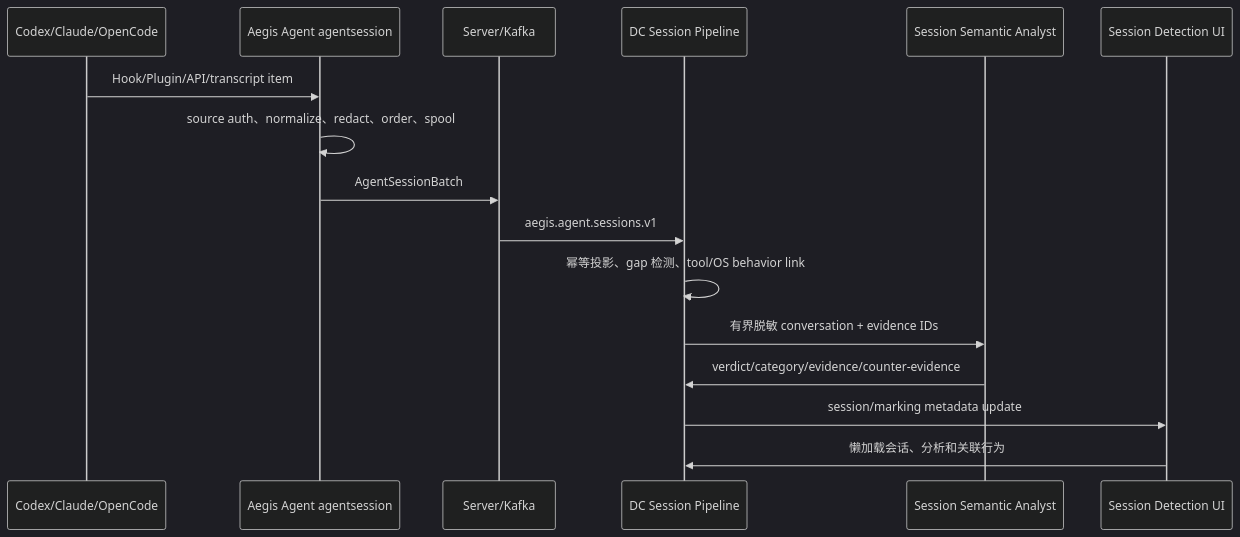
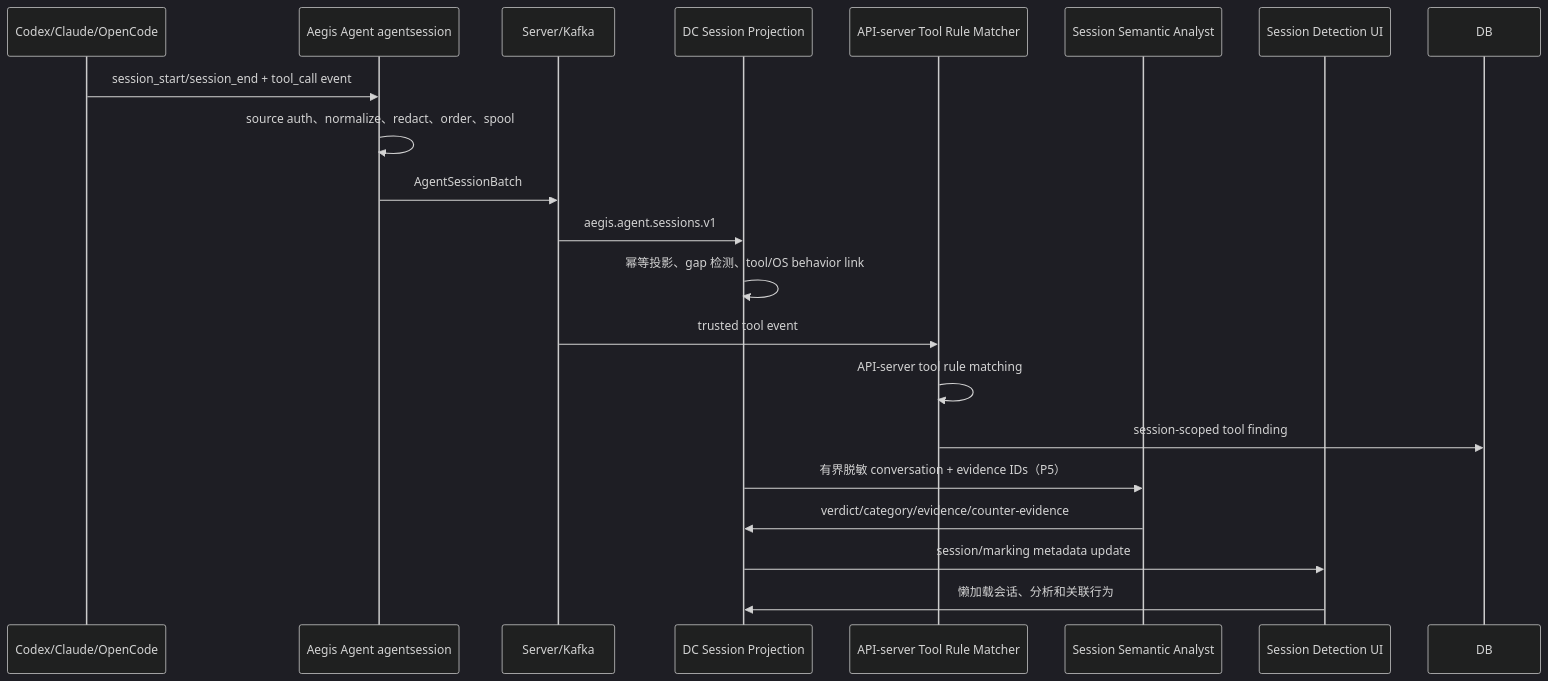
The fourth of 4 diagrams in docs/aegis_system_design_v6.2/overall_architecture_design_v6.2.md (alex-chenc/aegis), drawn with Mermaid (dark theme) before and after one commit. The commit also changed other lines of this file and 138 other files, not shown here.

````diff
--- a/docs/aegis_system_design_v6.2/overall_architecture_design_v6.2.md
+++ b/docs/aegis_system_design_v6.2/overall_architecture_design_v6.2.md
@@ -320,19 +338,23 @@
 ```mermaid
 sequenceDiagram
   participant X as Codex/Claude/OpenCode
   participant A as Aegis Agent agentsession
   participant S as Server/Kafka
-  participant D as DC Session Pipeline
+  participant D as DC Session Projection
+  participant M as API-server Tool Rule Matcher
   participant AI as Session Semantic Analyst
   participant UI as Session Detection UI
 
-  X->>A: Hook/Plugin/API/transcript item
+  X->>A: session_start/session_end + tool_call event
   A->>A: source auth、normalize、redact、order、spool
   A->>S: AgentSessionBatch
   S->>D: aegis.agent.sessions.v1
   D->>D: 幂等投影、gap 检测、tool/OS behavior link
-  D->>AI: 有界脱敏 conversation + evidence IDs
+  S->>M: trusted tool event
+  M->>M: API-server tool rule matching
+  M->>DB: session-scoped tool finding
+  D->>AI: 有界脱敏 conversation + evidence IDs（P5）
   AI->>D: verdict/category/evidence/counter-evidence
   D->>UI: session/marking metadata update
   UI->>D: 懒加载会话、分析和关联行为
 ```
````
